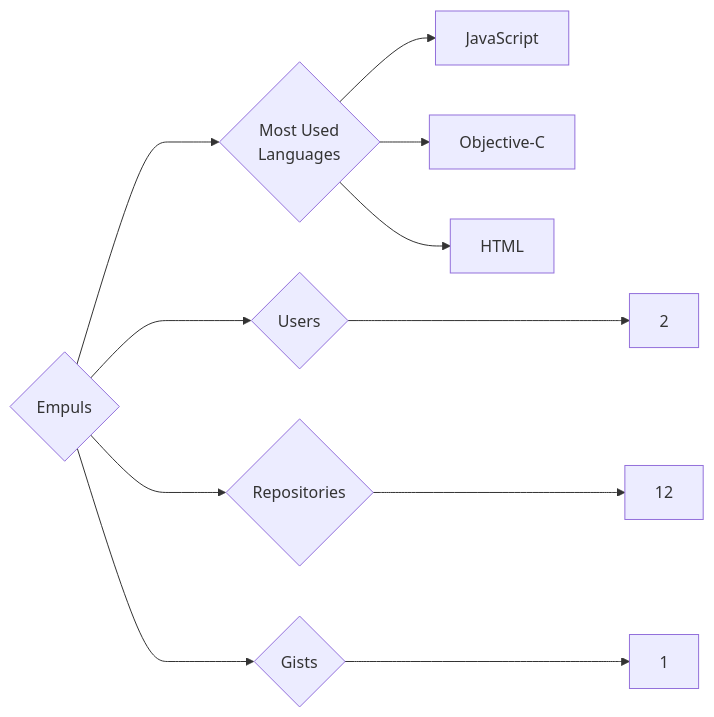
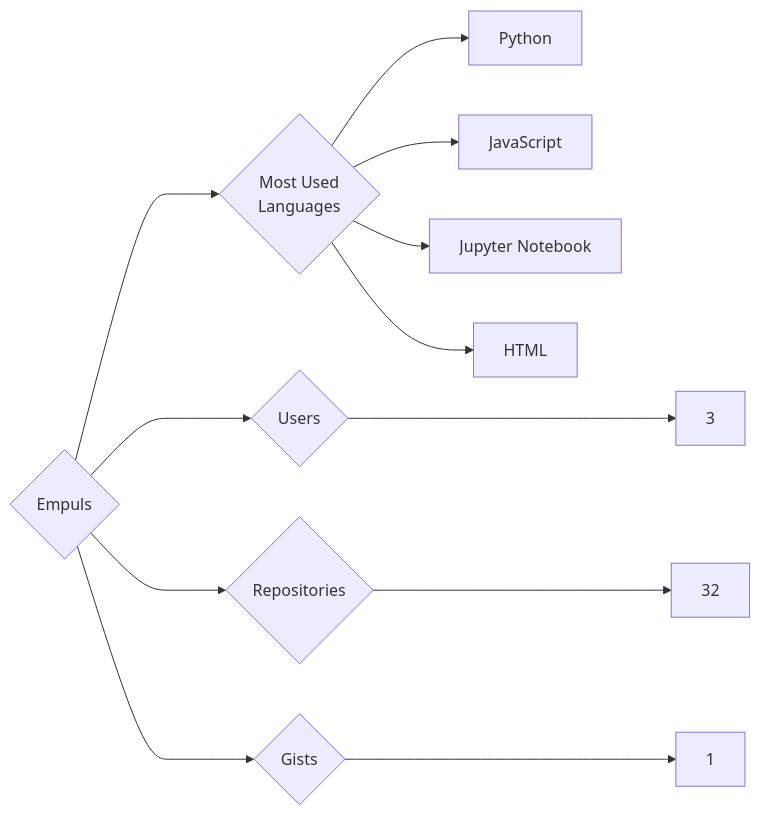
The diagram in targets/Empuls/README.md (trickest/insiders), drawn with Mermaid before and after one commit. The commit also changed 985 other files, not shown here.

````diff
--- a/targets/Empuls/README.md
+++ b/targets/Empuls/README.md
@@ -3,11 +3,12 @@
 ```mermaid
 graph LR
 COMPANY_NAME{Empuls}
-COMPANY_NAME ---> U{Users} ---> UN[2]
-COMPANY_NAME ---> R{Repositories} ---> RN[12]
+COMPANY_NAME ---> U{Users} ---> UN[3]
+COMPANY_NAME ---> R{Repositories} ---> RN[32]
 COMPANY_NAME ---> G{Gists} ---> GN[1]
 COMPANY_NAME ---> ML{Most Used<br>Languages}
+ML --> Python[Python]
 ML --> JavaScript[JavaScript]
-ML --> Objective-C[Objective-C]
+ML --> Jupyter_Notebook[Jupyter Notebook]
 ML --> HTML[HTML]
 ```
````
